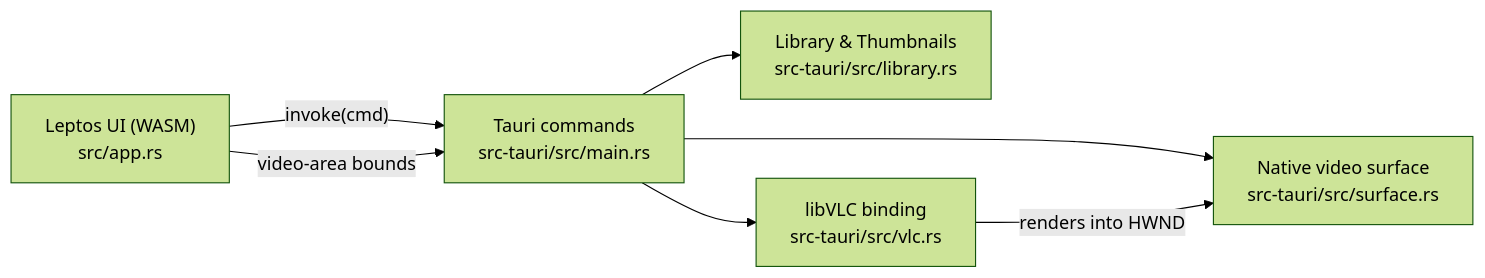
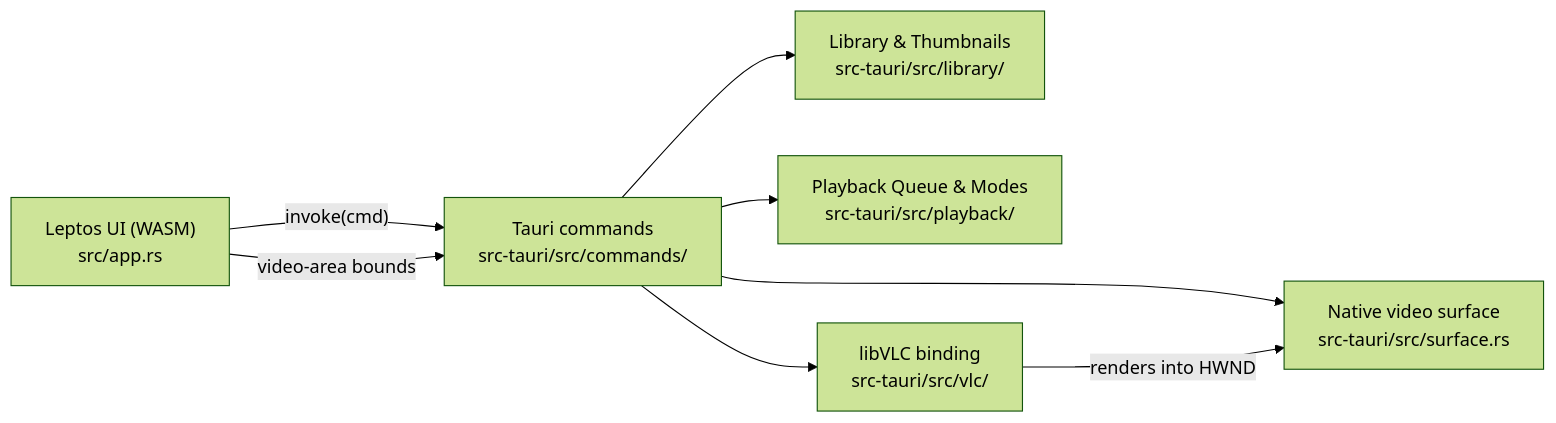
Before and after one commit to prikshitRoy/Dotara: the diagram in README.md, drawn with Mermaid (forest theme). The commit also changed other lines of this file and 1 other file, not shown here.

Commit message:
docs: update README and CONTEXT for shortcuts, title bar, and library focus

````diff
--- a/README.md
+++ b/README.md
@@ -44,9 +47,10 @@
 ```mermaid
 flowchart LR
-    UI["Leptos UI (WASM)<br/>src/app.rs"] -- "invoke(cmd)" --> CMD["Tauri commands<br/>src-tauri/src/main.rs"]
-    CMD --> LIB["Library & Thumbnails<br/>src-tauri/src/library.rs"]
-    CMD --> VLC["libVLC binding<br/>src-tauri/src/vlc.rs"]
+    UI["Leptos UI (WASM)<br/>src/app.rs"] -- "invoke(cmd)" --> CMD["Tauri commands<br/>src-tauri/src/commands/"]
+    CMD --> LIB["Library & Thumbnails<br/>src-tauri/src/library/"]
+    CMD --> PB["Playback Queue & Modes<br/>src-tauri/src/playback/"]
+    CMD --> VLC["libVLC binding<br/>src-tauri/src/vlc/"]
     CMD --> SURF["Native video surface<br/>src-tauri/src/surface.rs"]
     VLC -- "renders into HWND" --> SURF
     UI -- "video-area bounds" --> CMD
 ```
````
